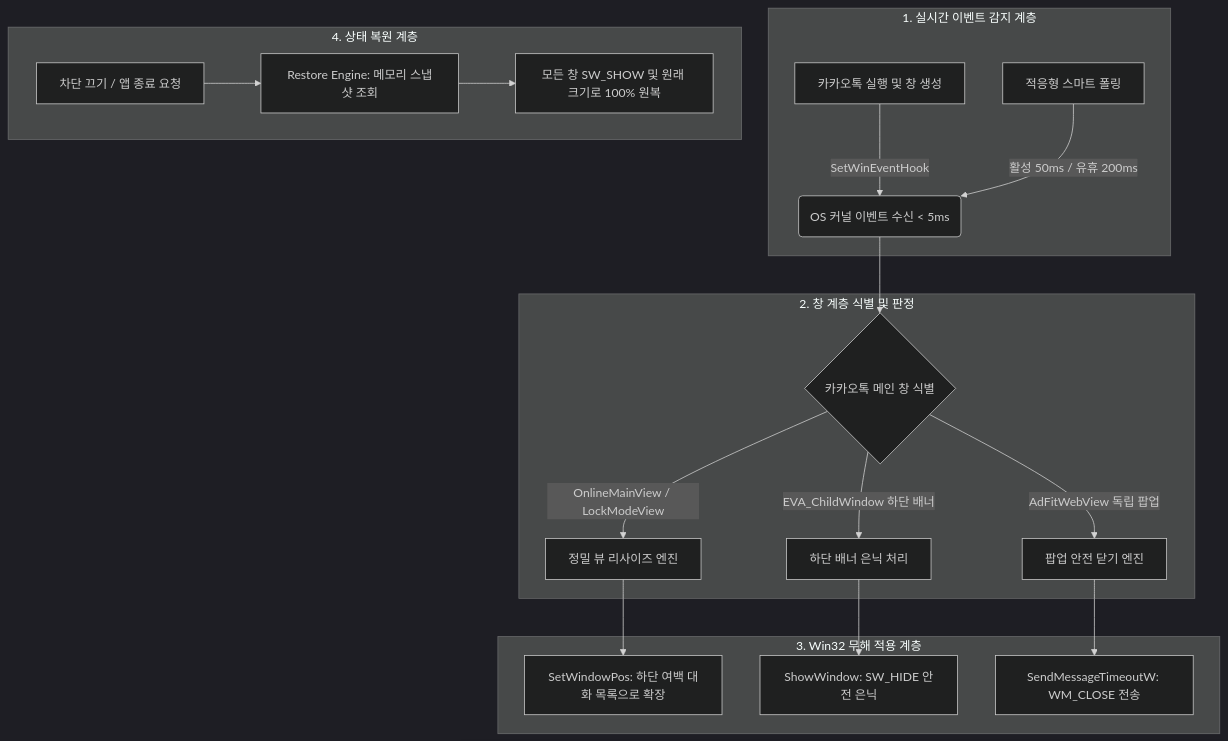
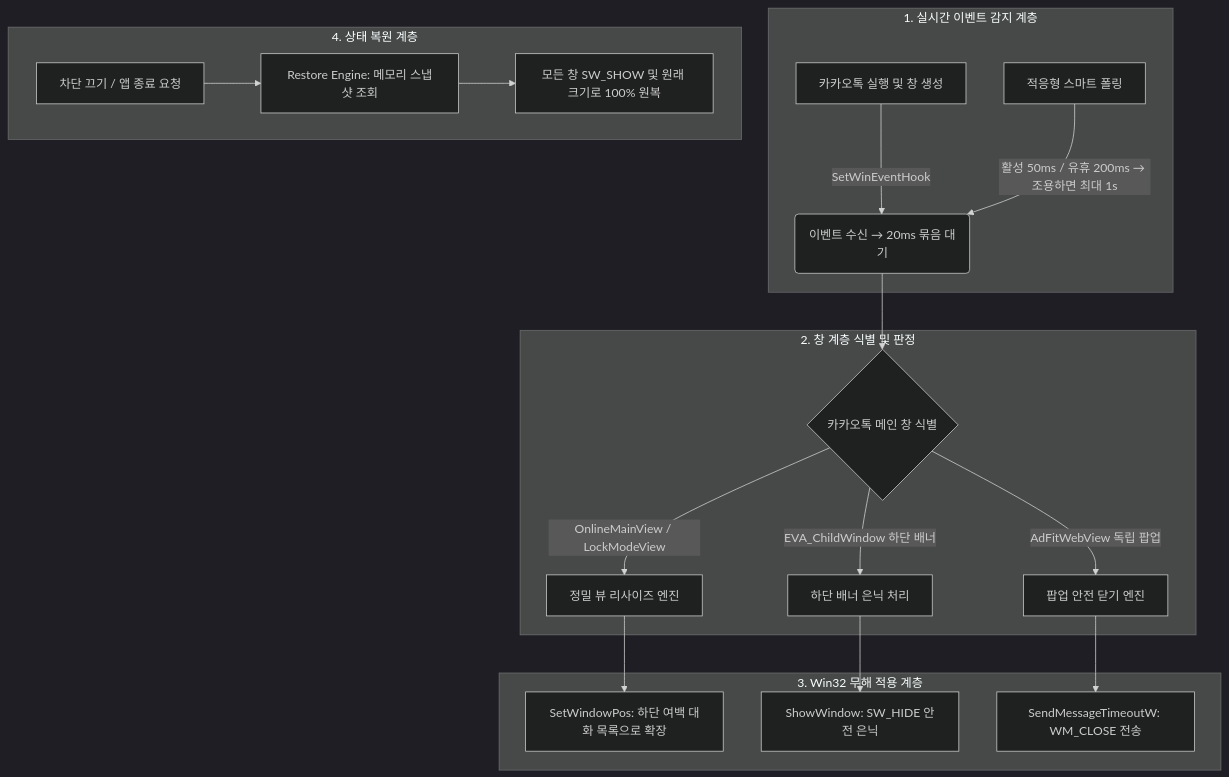
The diagram in README.md (twbeatles/kakaotalk-layout-adblocker), drawn with Mermaid (dark theme) before and after one commit. The commit also changed other lines of this file and 44 other files, not shown here.

````diff
--- a/README.md
+++ b/README.md
@@ -109,25 +108,25 @@
 ```mermaid
 flowchart TD
     subgraph Detection["1. 실시간 이벤트 감지 계층"]
-        A[카카오톡 실행 및 창 생성] -->|SetWinEventHook| B(OS 커널 이벤트 수신 < 5ms)
-        C[적응형 스마트 폴링] -->|활성 50ms / 유휴 200ms| B
+        A[카카오톡 실행 및 창 생성] -->|SetWinEventHook| B(이벤트 수신 → 20ms 묶음 대기)
+        C[적응형 스마트 폴링] -->|활성 50ms / 유휴 200ms → 조용하면 최대 1s| B
     end
 
     subgraph Inspection["2. 창 계층 식별 및 판정"]
         B --> D{카카오톡 메인 창 식별}
         D -->|OnlineMainView / LockModeView| E[정밀 뷰 리사이즈 엔진]
         D -->|EVA_ChildWindow 하단 배너| F[하단 배너 은닉 처리]
         D -->|AdFitWebView 독립 팝업| G[팝업 안전 닫기 엔진]
     end
 
     subgraph Action["3. Win32 무해 적용 계층"]
         E --> H[SetWindowPos: 하단 여백 대화 목록으로 확장]
         F --> I[ShowWindow: SW_HIDE 안전 은닉]
         G --> J[SendMessageTimeoutW: WM_CLOSE 전송]
     end
 
     subgraph Restore["4. 상태 복원 계층"]
         K[차단 끄기 / 앱 종료 요청] --> L[Restore Engine: 메모리 스냅샷 조회]
         L --> M[모든 창 SW_SHOW 및 원래 크기로 100% 원복]
     end
 ```
````
